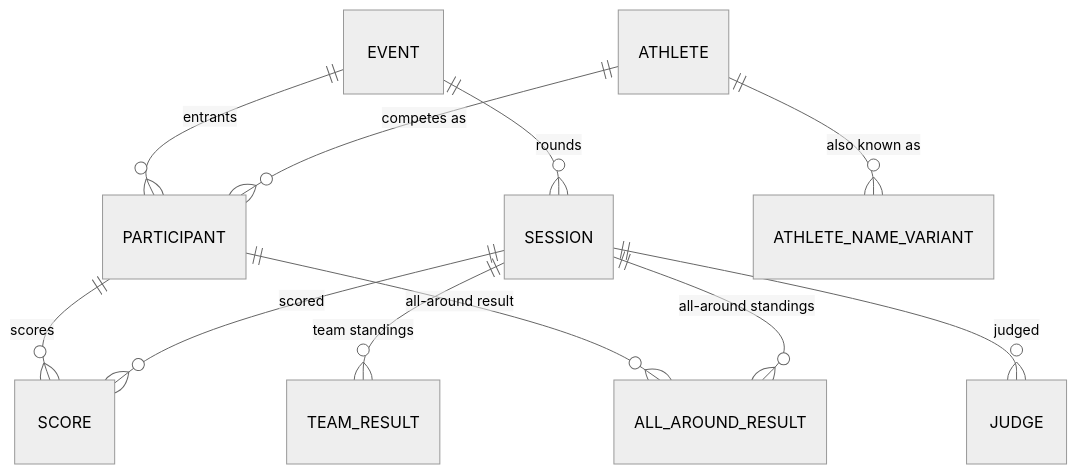
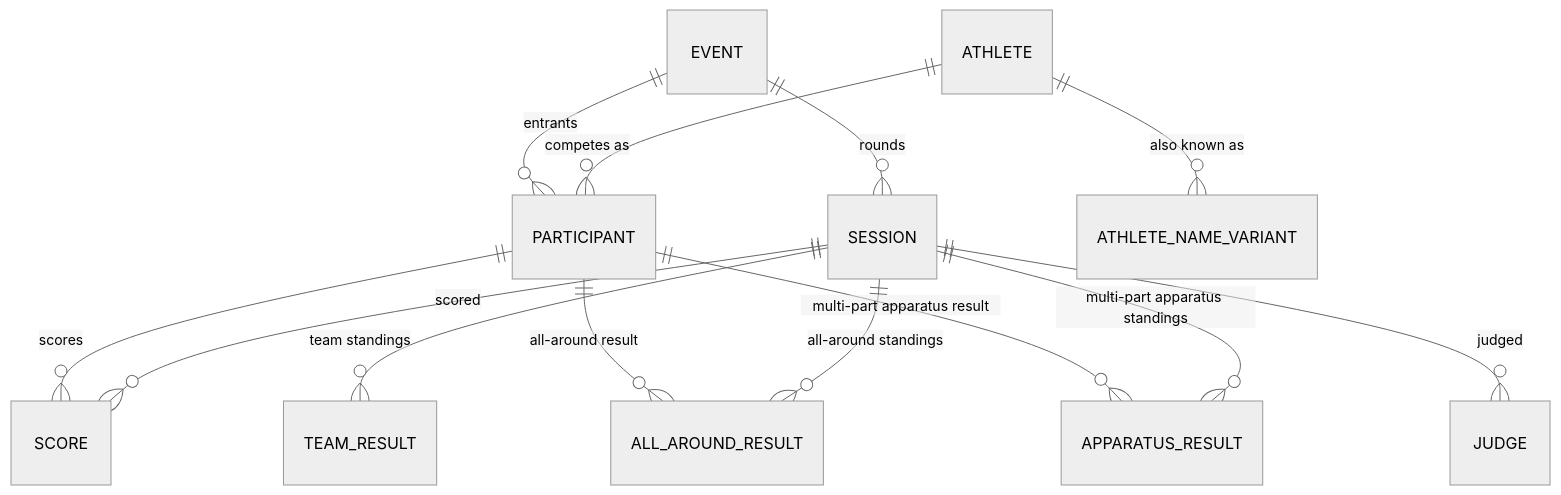
One commit to whyceewhite/gym-meet changed the diagram in backend/docs/data-model.md. Above: the diagram before and after it, drawn with Mermaid (neutral theme). The commit also changed other lines of this file and 188 other files, not shown here.

````diff
--- a/backend/docs/data-model.md
+++ b/backend/docs/data-model.md
@@ -9,13 +9,15 @@
 ```mermaid
 erDiagram
     EVENT ||--o{ SESSION : rounds
     EVENT ||--o{ PARTICIPANT : entrants
     ATHLETE ||--o{ PARTICIPANT : "competes as"
     ATHLETE ||--o{ ATHLETE_NAME_VARIANT : "also known as"
     PARTICIPANT ||--o{ SCORE : scores
     PARTICIPANT ||--o{ ALL_AROUND_RESULT : "all-around result"
+    PARTICIPANT ||--o{ APPARATUS_RESULT : "multi-part apparatus result"
     SESSION ||--o{ SCORE : scored
     SESSION ||--o{ TEAM_RESULT : "team standings"
     SESSION ||--o{ ALL_AROUND_RESULT : "all-around standings"
+    SESSION ||--o{ APPARATUS_RESULT : "multi-part apparatus standings"
     SESSION ||--o{ JUDGE : judged
 ```
````
